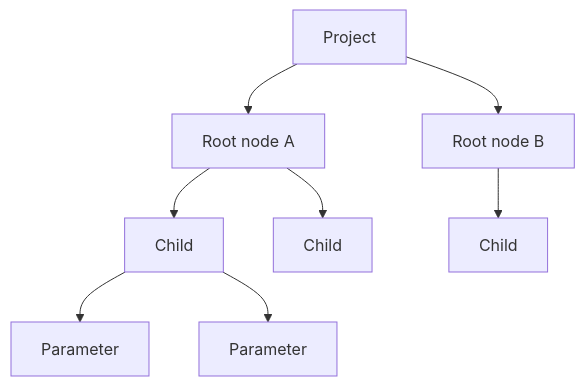
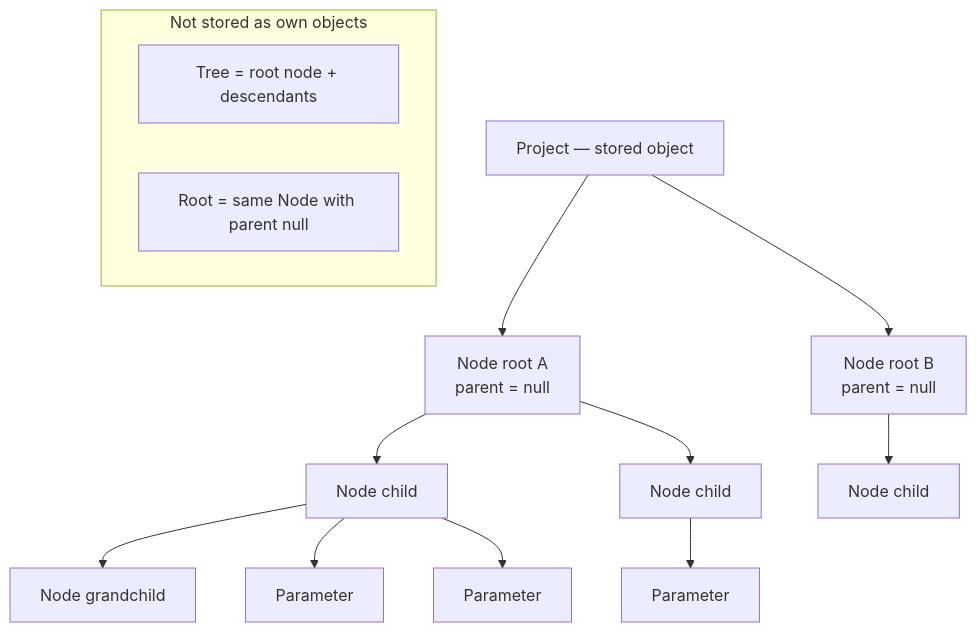
The first of 3 diagrams in docs/plans/data-structure.md (sfambach/wp-taxonomy-modeler), drawn with Mermaid before and after one commit. The commit also changed other lines of this file and 1 other file, not shown here.

Commit message:
Make Project explicit in structure diagrams
Show Project as a first-class stored object linking to root nodes
in the data-structure and architecture diagrams.

````diff
--- a/docs/plans/data-structure.md
+++ b/docs/plans/data-structure.md
@@ -52,10 +52,21 @@
 ```mermaid
 flowchart TB
-  PR[Project] --> R1[Root node A]
-  PR --> R2[Root node B]
-  R1 --> C1[Child]
-  R1 --> C2[Child]
-  R2 --> C3[Child]
+  PR["Project — stored object"]
+
+  PR --> R1["Node root A<br/>parent = null"]
+  PR --> R2["Node root B<br/>parent = null"]
+
+  R1 --> C1["Node child"]
+  R1 --> C2["Node child"]
+  C1 --> G1["Node grandchild"]
+  R2 --> C3["Node child"]
+
   C1 --> P1[Parameter]
   C1 --> P2[Parameter]
+  C2 --> P3[Parameter]
+
+  subgraph note["Not stored as own objects"]
+    T["Tree = root node + descendants"]
+    RN["Root = same Node with parent null"]
+  end
 ```
````
